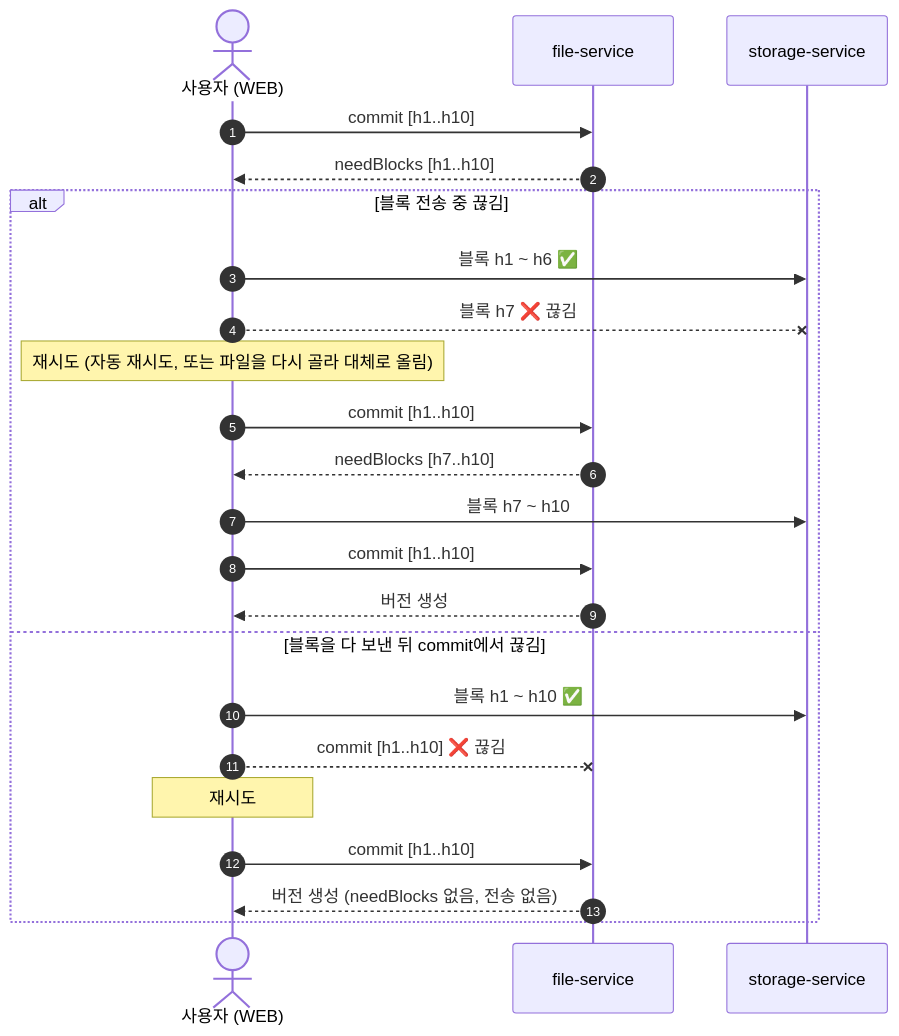
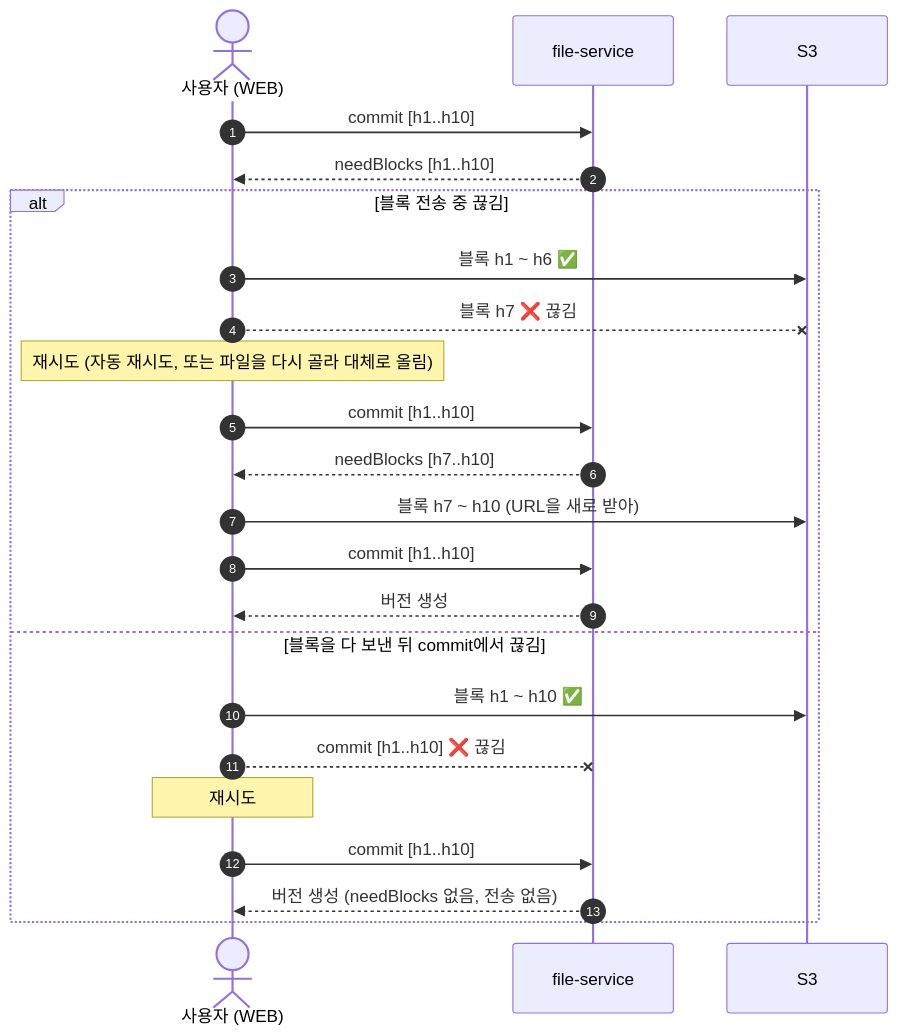
One commit to rivertw777/ModuDrive-API changed the second of 3 diagrams in .docs/spec/001-file-upload-spec.md. Above: the diagram before and after it, drawn with Mermaid. The commit also changed other lines of this file and 59 other files, not shown here.

````diff
--- a/.docs/spec/001-file-upload-spec.md
+++ b/.docs/spec/001-file-upload-spec.md
@@ -289,26 +315,26 @@
 ```mermaid
 sequenceDiagram
     autonumber
     actor U as 사용자 (WEB)
     participant F as file-service
-    participant S as storage-service
+    participant S3 as S3
 
     U->>F: commit [h1..h10]
     F-->>U: needBlocks [h1..h10]
     alt 블록 전송 중 끊김
-        U->>S: 블록 h1 ~ h6 ✅
-        U--xS: 블록 h7 ❌ 끊김
+        U->>S3: 블록 h1 ~ h6 ✅
+        U--xS3: 블록 h7 ❌ 끊김
         Note over U: 재시도 (자동 재시도, 또는 파일을 다시 골라 대체로 올림)
         U->>F: commit [h1..h10]
         F-->>U: needBlocks [h7..h10]
-        U->>S: 블록 h7 ~ h10
+        U->>S3: 블록 h7 ~ h10 (URL을 새로 받아)
         U->>F: commit [h1..h10]
         F-->>U: 버전 생성
     else 블록을 다 보낸 뒤 commit에서 끊김
-        U->>S: 블록 h1 ~ h10 ✅
+        U->>S3: 블록 h1 ~ h10 ✅
         U--xF: commit [h1..h10] ❌ 끊김
         Note over U: 재시도
         U->>F: commit [h1..h10]
         F-->>U: 버전 생성 (needBlocks 없음, 전송 없음)
     end
 ```
````
